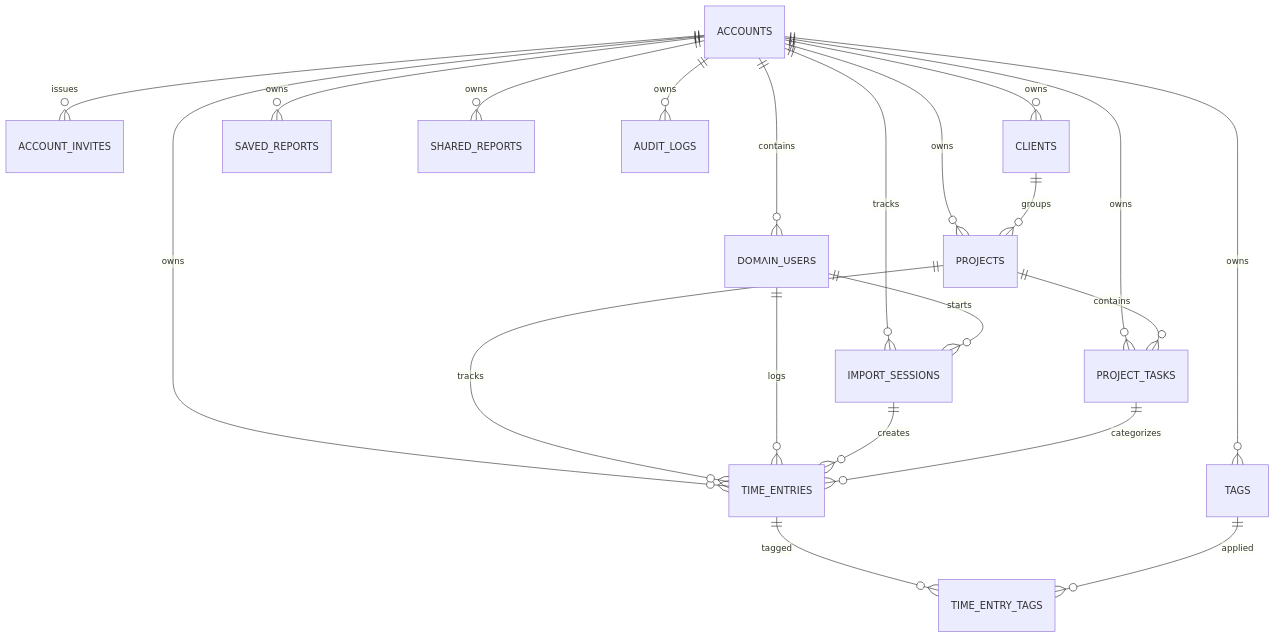
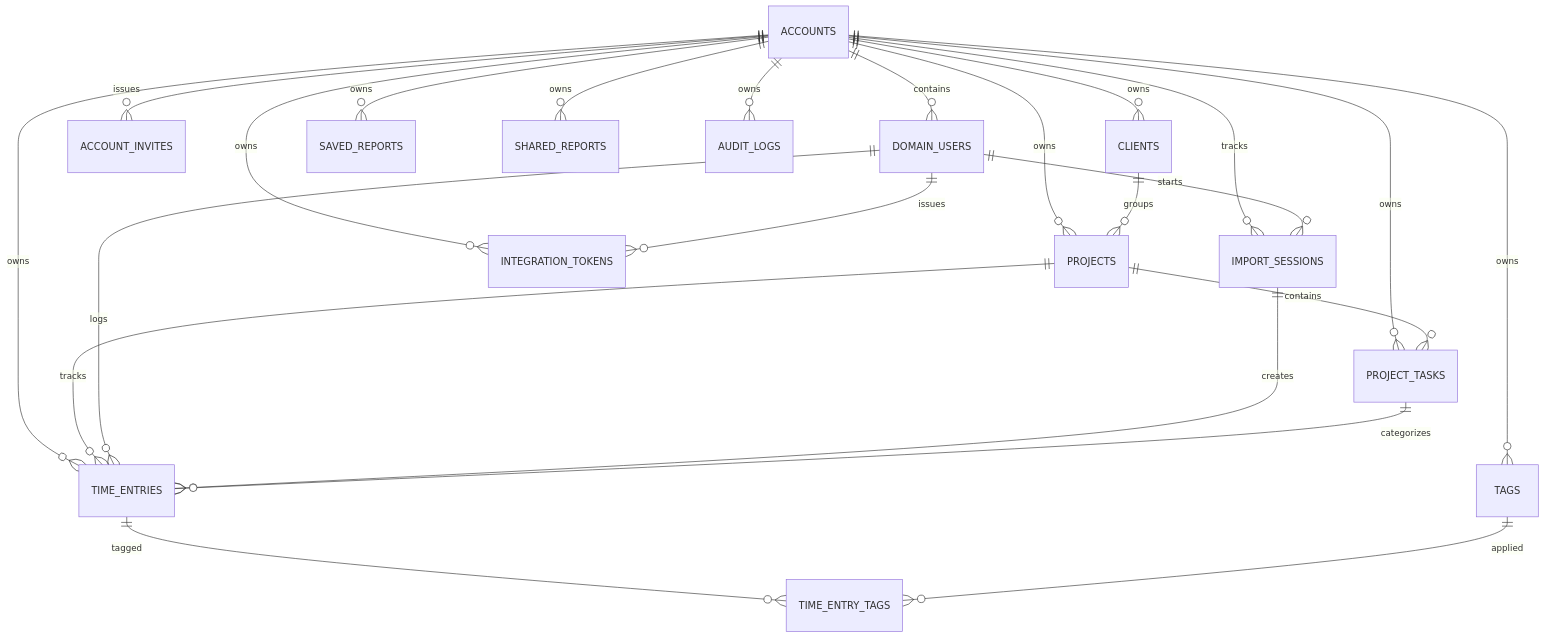
One commit to andremorata/tempobase changed the diagram in docs/02-database.md. Above: the diagram before and after it, drawn with Mermaid. The commit also changed other lines of this file and 39 other files, not shown here.

````diff
--- a/docs/02-database.md
+++ b/docs/02-database.md
@@ -42,24 +43,26 @@
 ```mermaid
 erDiagram
   ACCOUNTS ||--o{ DOMAIN_USERS : contains
   ACCOUNTS ||--o{ ACCOUNT_INVITES : issues
   ACCOUNTS ||--o{ CLIENTS : owns
   ACCOUNTS ||--o{ PROJECTS : owns
   ACCOUNTS ||--o{ PROJECT_TASKS : owns
   ACCOUNTS ||--o{ TIME_ENTRIES : owns
   ACCOUNTS ||--o{ IMPORT_SESSIONS : tracks
   ACCOUNTS ||--o{ TAGS : owns
   ACCOUNTS ||--o{ SAVED_REPORTS : owns
   ACCOUNTS ||--o{ SHARED_REPORTS : owns
   ACCOUNTS ||--o{ AUDIT_LOGS : owns
+  ACCOUNTS ||--o{ INTEGRATION_TOKENS : owns
+  DOMAIN_USERS ||--o{ INTEGRATION_TOKENS : issues
 
   CLIENTS ||--o{ PROJECTS : groups
   PROJECTS ||--o{ PROJECT_TASKS : contains
   PROJECTS ||--o{ TIME_ENTRIES : tracks
   DOMAIN_USERS ||--o{ TIME_ENTRIES : logs
   DOMAIN_USERS ||--o{ IMPORT_SESSIONS : starts
   IMPORT_SESSIONS ||--o{ TIME_ENTRIES : creates
   PROJECT_TASKS ||--o{ TIME_ENTRIES : categorizes
   TIME_ENTRIES ||--o{ TIME_ENTRY_TAGS : tagged
   TAGS ||--o{ TIME_ENTRY_TAGS : applied
 ```
````
